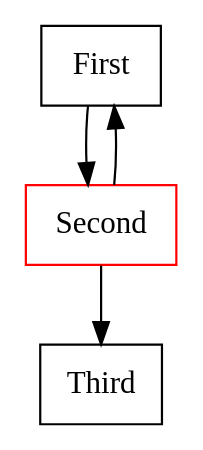
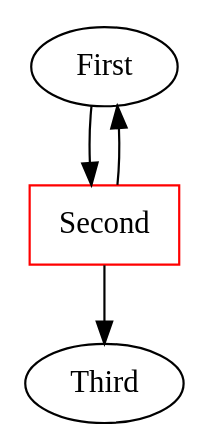
One commit to emden-norfolk/fountainedge changed the diagram in examples/test1_2.dot. Above: the diagram before and after it, drawn with Graphviz. The commit also changed 11 other files, not shown here.

```diff
--- a/examples/test1_2.dot
+++ b/examples/test1_2.dot
@@ -1,11 +1,11 @@
 digraph G {
 
-  v0 [label="First",id="1",shape="box"]
+  v0 [label="First",id="1",shape="oval",color="black"]
   v1 [label="Second",id="2",shape="box",color="red"]
-  v2 [label="Third",id="3",shape="box"]
+  v2 [label="Third",id="3",shape="oval",color="black"]
 
   v0 -> v1
   v1 -> v2
   v1 -> v0
 
 }
```
